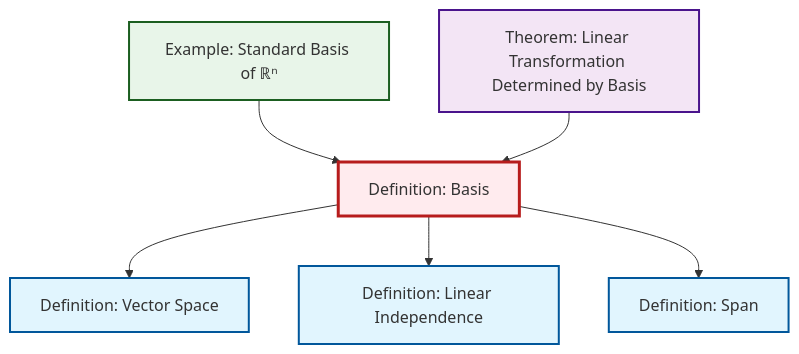
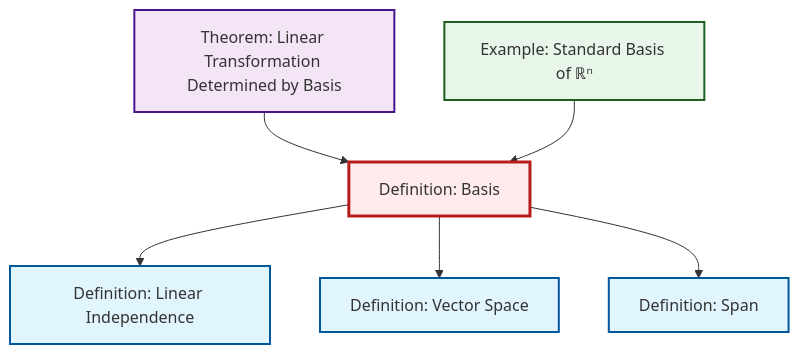
One commit to RK0429/ModernMath changed the diagram in content/ja/algebra/def-basis.qmd. Above: the diagram before and after it, drawn with Mermaid. The commit also changed other lines of this file and 634 other files, not shown here.

````diff
--- a/content/ja/algebra/def-basis.qmd
+++ b/content/ja/algebra/def-basis.qmd
@@ -56,26 +56,26 @@
 ```{mermaid}
 %%| fig-cap: "Local dependency graph"
 graph TD
     classDef definition fill:#e1f5fe,stroke:#01579b,stroke-width:2px
     classDef theorem fill:#f3e5f5,stroke:#4a148c,stroke-width:2px
     classDef axiom fill:#fff3e0,stroke:#e65100,stroke-width:2px
     classDef example fill:#e8f5e9,stroke:#1b5e20,stroke-width:2px
     classDef current fill:#ffebee,stroke:#b71c1c,stroke-width:3px
-    thm-linear-transformation-basis["Theorem: Linear Transformation Determined by Basis"]:::theorem
-    def-span["Definition: Span"]:::definition
-    def-linear-independence["Definition: Linear Independence"]:::definition
     ex-standard-basis-rn["Example: Standard Basis of ℝⁿ"]:::example
     def-basis["Definition: Basis"]:::definition
+    thm-linear-transformation-basis["Theorem: Linear Transformation Determined by Basis"]:::theorem
     def-vector-space["Definition: Vector Space"]:::definition
+    def-linear-independence["Definition: Linear Independence"]:::definition
+    def-span["Definition: Span"]:::definition
+    def-basis --> def-linear-independence
+    thm-linear-transformation-basis --> def-basis
     ex-standard-basis-rn --> def-basis
     def-basis --> def-vector-space
-    thm-linear-transformation-basis --> def-basis
-    def-basis --> def-linear-independence
     def-basis --> def-span
     class def-basis current
+    click ex-standard-basis-rn "ex-standard-basis-rn.html" "Example: Standard Basis of ℝⁿへ"
     click thm-linear-transformation-basis "thm-linear-transformation-basis.html" "Theorem: Linear Transformation Determined by Basisへ"
+    click def-vector-space "def-vector-space.html" "Definition: Vector Spaceへ"
+    click def-linear-independence "def-linear-independence.html" "Definition: Linear Independenceへ"
     click def-span "def-span.html" "Definition: Spanへ"
-    click def-linear-independence "def-linear-independence.html" "Definition: Linear Independenceへ"
-    click ex-standard-basis-rn "ex-standard-basis-rn.html" "Example: Standard Basis of ℝⁿへ"
-    click def-vector-space "def-vector-space.html" "Definition: Vector Spaceへ"
 ```
````
